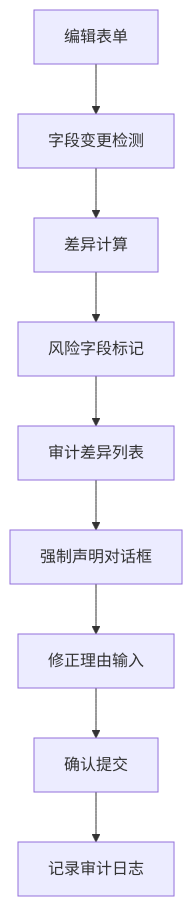
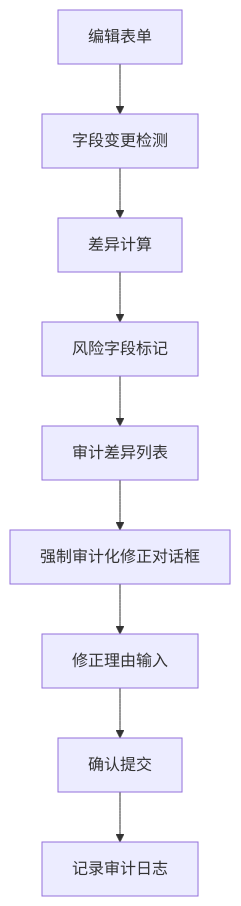
One commit to CubeEdge/Longhorn changed diagram 12 of 24 in .qoder/repowiki/zh/content/Unified Ticket Detail.md. Above: the diagram before and after it, drawn with Mermaid. The commit also changed other lines of this file and 53 other files, not shown here.

````diff
--- a/.qoder/repowiki/zh/content/Unified Ticket Detail.md
+++ b/.qoder/repowiki/zh/content/Unified Ticket Detail.md
@@ -438,11 +752,11 @@
 ```mermaid
 flowchart TD
 A[编辑表单] --> B[字段变更检测]
 B --> C[差异计算]
 C --> D[风险字段标记]
 D --> E[审计差异列表]
-E --> F[强制声明对话框]
+E --> F[强制审计化修正对话框]
 F --> G[修正理由输入]
 G --> H[确认提交]
 H --> I[记录审计日志]
 ```
````
